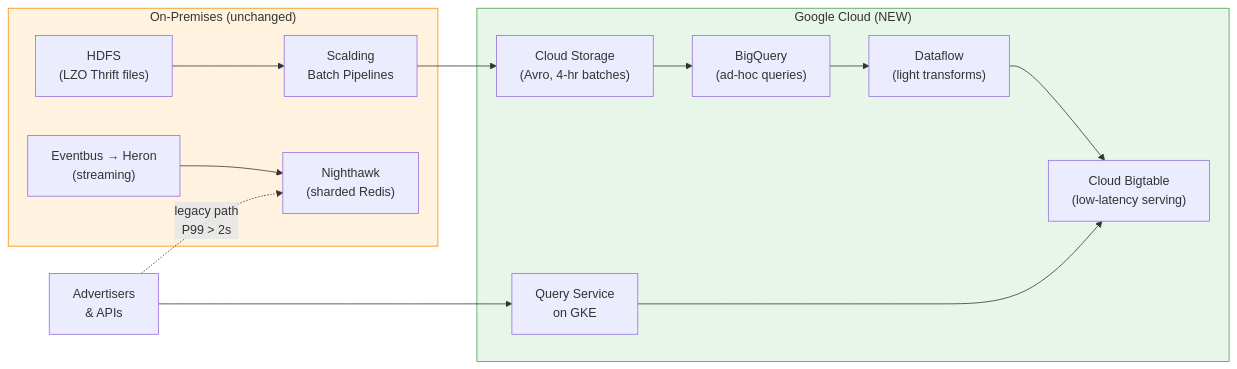
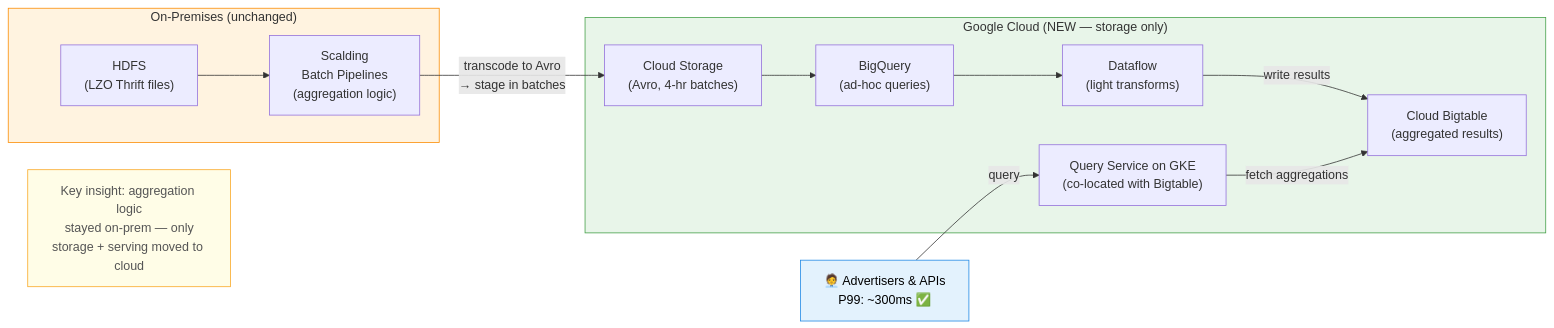
The first of 2 diagrams in 2026-T1/CCF/modules/module_08_deployment-case-studies/module08_notes.md (lfariabr/masters-swe-ai), drawn with Mermaid before and after one commit. The commit also changed other lines of this file, not shown here.

Commit message:
feat(study-ccf501): refine iteration 1 diagram — highlight advertiser query path + serving win (Relates #110)

````diff
--- a/2026-T1/CCF/modules/module_08_deployment-case-studies/module08_notes.md
+++ b/2026-T1/CCF/modules/module_08_deployment-case-studies/module08_notes.md
@@ -89,28 +89,32 @@
 ```mermaid
 flowchart LR
     subgraph OnPrem["On-Premises (unchanged)"]
         HDFS["HDFS\n(LZO Thrift files)"]
-        Scalding["Scalding\nBatch Pipelines"]
-        Eventbus["Eventbus → Heron\n(streaming)"]
-        Nighthawk["Nighthawk\n(sharded Redis)"]
+        Scalding["Scalding\nBatch Pipelines\n(aggregation logic)"]
     end
 
-    subgraph GCloud["Google Cloud (NEW)"]
+    subgraph GCloud["Google Cloud (NEW — storage only)"]
         CS["Cloud Storage\n(Avro, 4-hr batches)"]
         BQ["BigQuery\n(ad-hoc queries)"]
         DF["Dataflow\n(light transforms)"]
-        BT["Cloud Bigtable\n(low-latency serving)"]
-        GKE["Query Service\non GKE"]
+        BT["Cloud Bigtable\n(aggregated results)"]
+        GKE["Query Service on GKE\n(co-located with Bigtable)"]
     end
 
-    Clients["Advertisers\n& APIs"]
+    Advertisers["🧑‍💼 Advertisers & APIs\nP99: ~300ms ✅"]
 
-    HDFS --> Scalding --> CS --> BQ --> DF --> BT
-    Eventbus --> Nighthawk
-    GKE --> BT
-    Clients --> GKE
-    Clients -. "legacy path\nP99 > 2s" .-> Nighthawk
+    HDFS --> Scalding
+    Scalding -- "transcode to Avro\n→ stage in batches" --> CS
+    CS --> BQ
+    BQ --> DF
+    DF -- "write results" --> BT
+    GKE -- "fetch aggregations" --> BT
+    Advertisers -- "query" --> GKE
+
+    note["Key insight: aggregation logic\nstayed on-prem — only\nstorage + serving moved to cloud"]
 
     style GCloud fill:#e8f5e9,stroke:#43a047
     style OnPrem fill:#fff3e0,stroke:#fb8c00
+    style Advertisers fill:#e3f2fd,stroke:#1e88e5,color:#000
+    style note fill:#fffde7,stroke:#f9a825,color:#555
 ```
````
